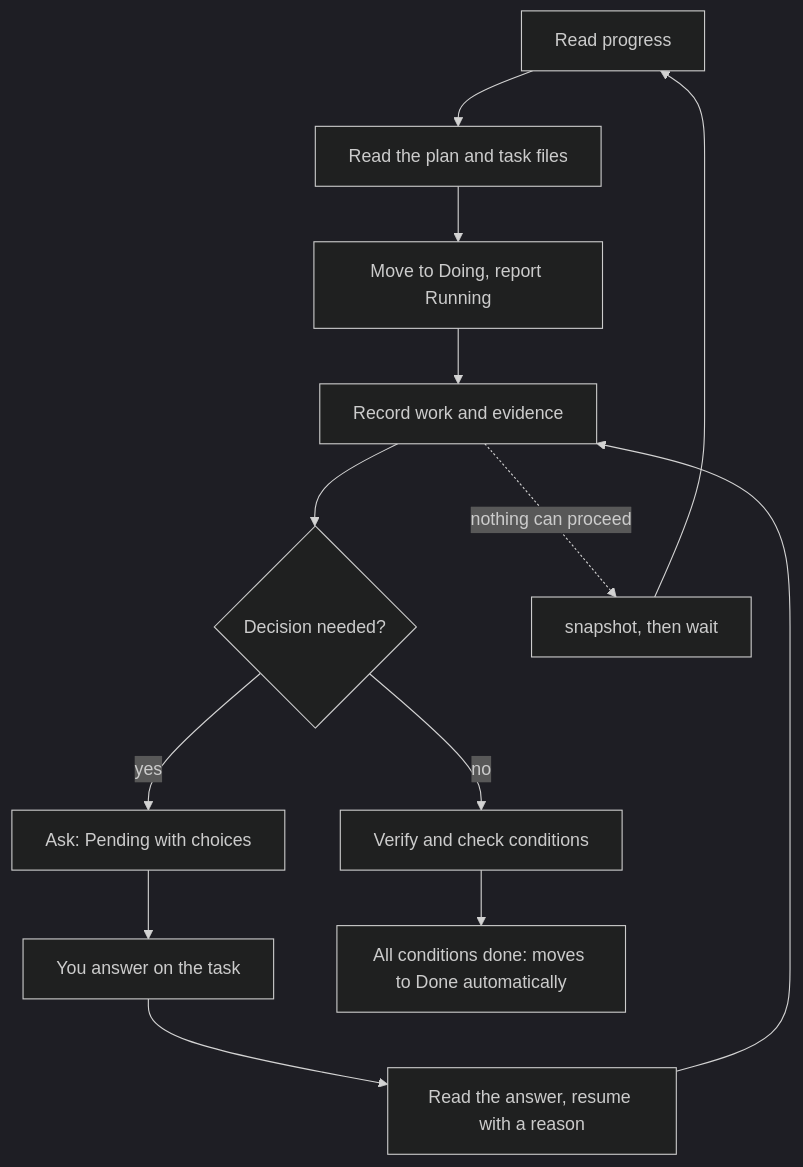
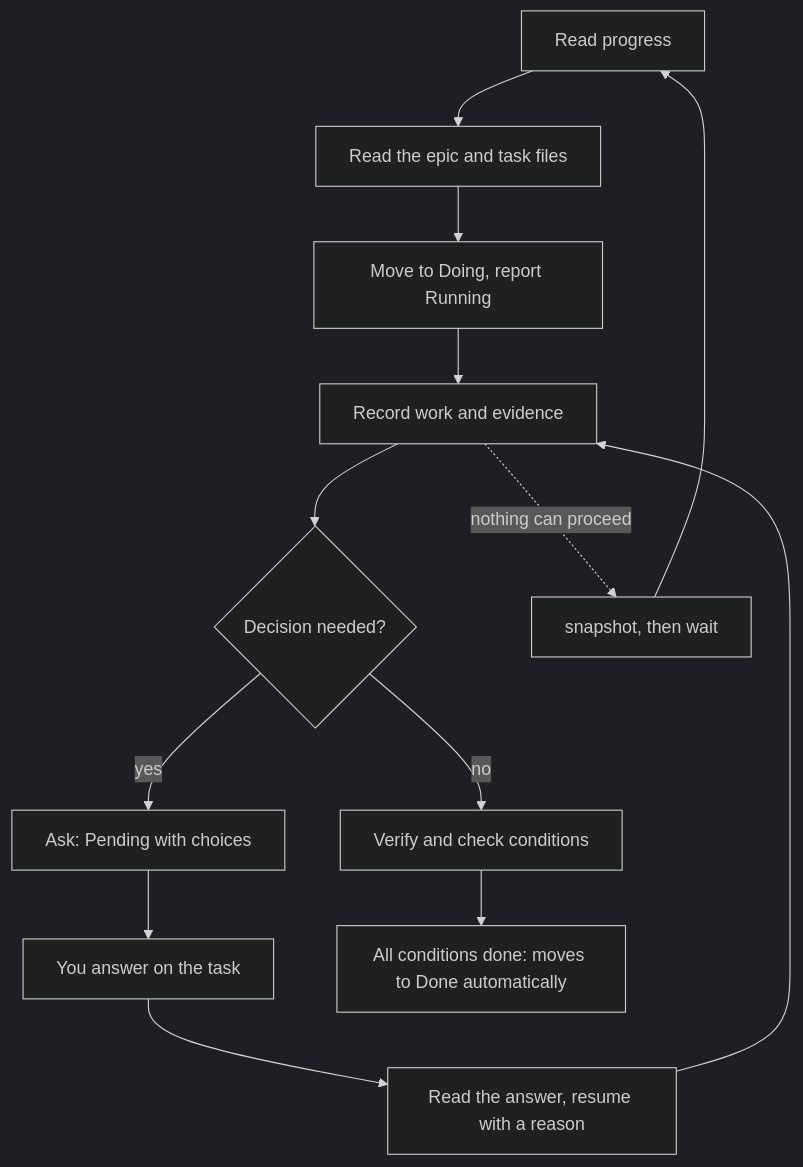
Before and after one commit to FooQoo/agent-board: the diagram in docs/guide/automation/agents.md, drawn with Mermaid (dark theme). The commit also changed other lines of this file and 42 other files, not shown here.

````diff
--- a/docs/guide/automation/agents.md
+++ b/docs/guide/automation/agents.md
@@ -44,15 +44,15 @@
 ```mermaid
 flowchart TD
-    P["Read progress"] --> R["Read the plan and task files"]
+    P["Read progress"] --> R["Read the epic and task files"]
     R --> D["Move to Doing, report Running"]
     D --> L["Record work and evidence"]
     L --> Q{"Decision needed?"}
     Q -- yes --> PE["Ask: Pending with choices"]
     PE --> A["You answer on the task"]
     A --> RE["Read the answer, resume with a reason"]
     RE --> L
     Q -- no --> V["Verify and check conditions"]
     V --> DN["All conditions done: moves to Done automatically"]
     L -. nothing can proceed .-> W["snapshot, then wait"]
     W --> P
 ```
````
